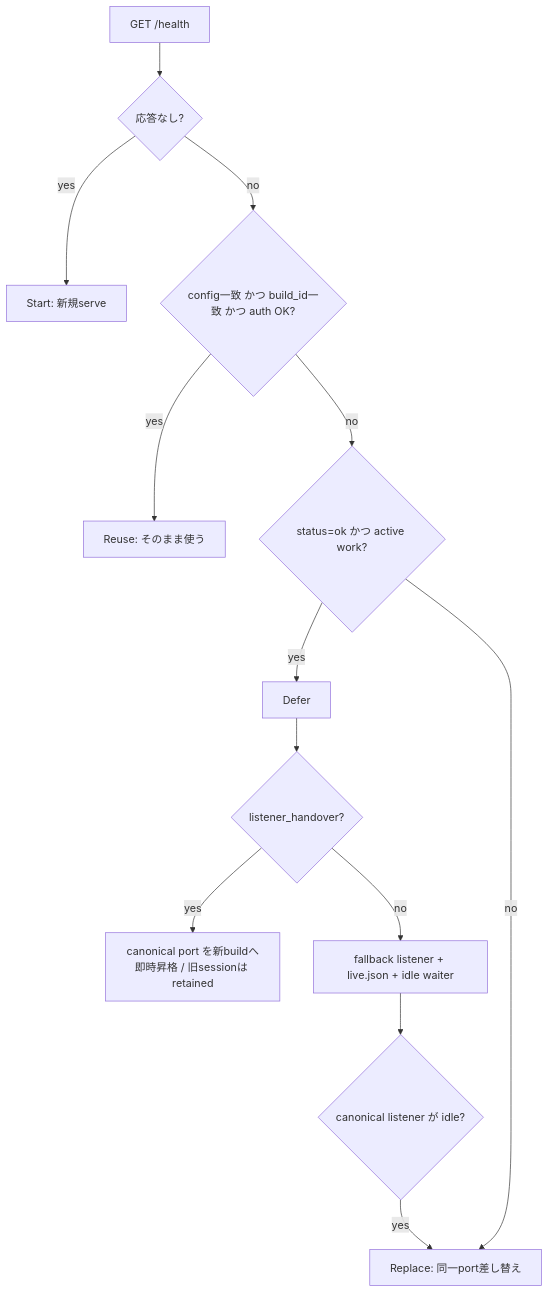
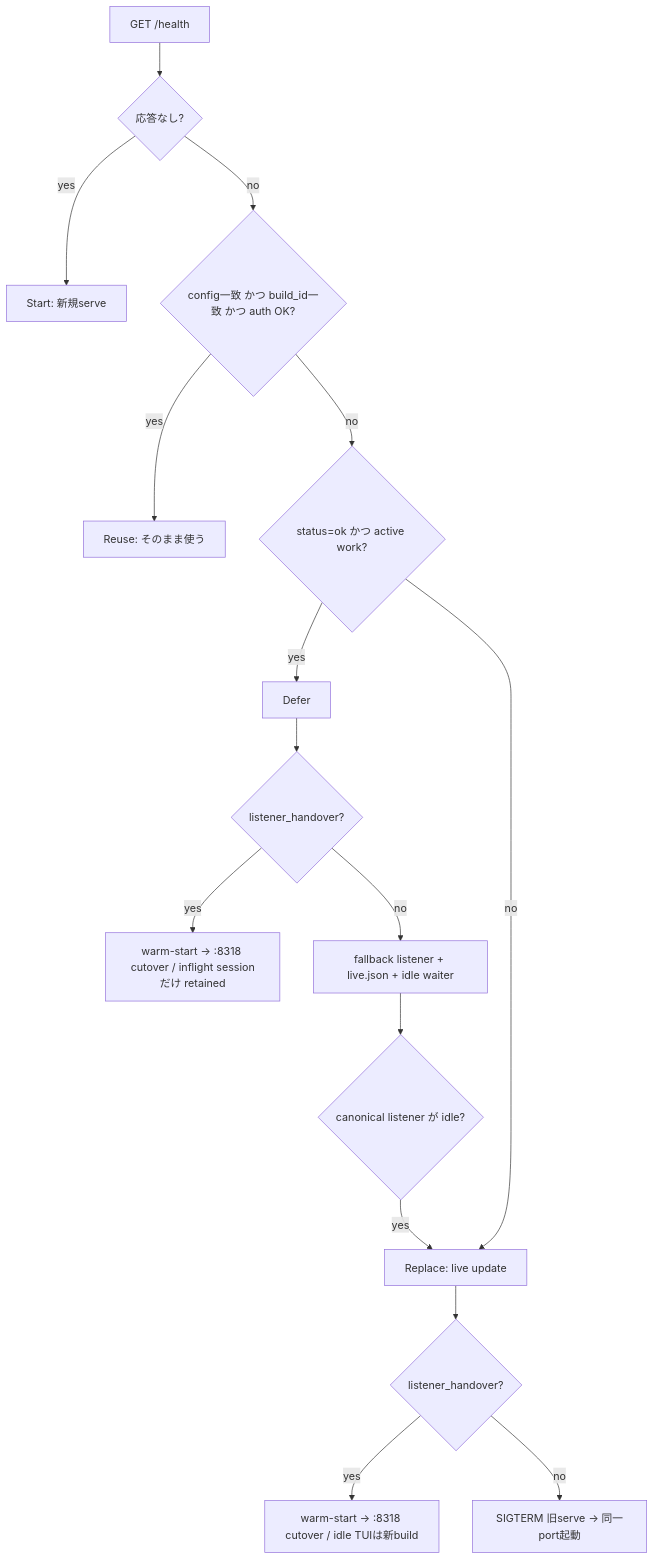
One commit to kkkaoru/dotfiles changed the second of 2 diagrams in .config/claudex/README.md. Above: the diagram before and after it, drawn with Mermaid. The commit also changed other lines of this file and 16 other files, not shown here.

````diff
--- a/.config/claudex/README.md
+++ b/.config/claudex/README.md
@@ -959,15 +959,18 @@
 ```mermaid
 flowchart TD
   Health["GET /health"] --> Absent{"応答なし?"}
   Absent -->|yes| Start[Start: 新規serve]
   Absent -->|no| Match{"config一致 かつ build_id一致 かつ auth OK?"}
   Match -->|yes| Reuse[Reuse: そのまま使う]
   Match -->|no| Busy{"status=ok かつ active work?"}
   Busy -->|yes| Defer[Defer]
-  Busy -->|no| Replace["Replace: 同一port差し替え"]
+  Busy -->|no| Replace["Replace: live update"]
+  Replace --> HandoverIdle{"listener_handover?"}
+  HandoverIdle -->|yes| PromoteIdle["warm-start → :8318 cutover / idle TUIは新build"]
+  HandoverIdle -->|no| Sigterm["SIGTERM 旧serve → 同一port起動"]
   Defer --> Handover{"listener_handover?"}
-  Handover -->|yes| Promote["canonical port を新buildへ即時昇格 / 旧sessionは retained"]
+  Handover -->|yes| Promote["warm-start → :8318 cutover / inflight sessionだけ retained"]
   Handover -->|no| Fallback["fallback listener + live.json + idle waiter"]
   Fallback --> IdleWait{"canonical listener が idle?"}
   IdleWait -->|yes| Replace
 ```
````
